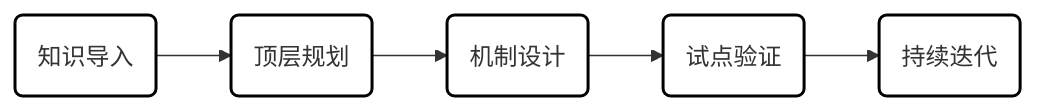
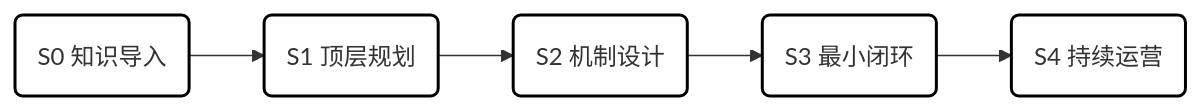
Before and after one commit to fineartit/enterprise-architecture: the diagram in docs/source/contents/practical_guides/1_introduction.md, drawn with Mermaid. The commit also changed other lines of this file and 9 other files, not shown here.

````diff
--- a/docs/source/contents/practical_guides/1_introduction.md
+++ b/docs/source/contents/practical_guides/1_introduction.md
@@ -21,9 +21,9 @@
 ```{mermaid}
 flowchart LR
-    KI(知识导入) --> TP(顶层规划) --> MD(机制设计) --> PV(试点验证) --> CI(持续迭代) 
+    KI(S0 知识导入) --> TP(S1 顶层规划) --> MD(S2 机制设计) --> PV(S3 最小闭环) --> CO(S4 持续运营) 
     style KI fill:#fff,stroke:#000,stroke-width:2px
     style TP fill:#fff,stroke:#000,stroke-width:2px
     style MD fill:#fff,stroke:#000,stroke-width:2px
     style PV fill:#fff,stroke:#000,stroke-width:2px
-    style CI fill:#fff,stroke:#000,stroke-width:2px 
+    style CO fill:#fff,stroke:#000,stroke-width:2px 
 ```
````
